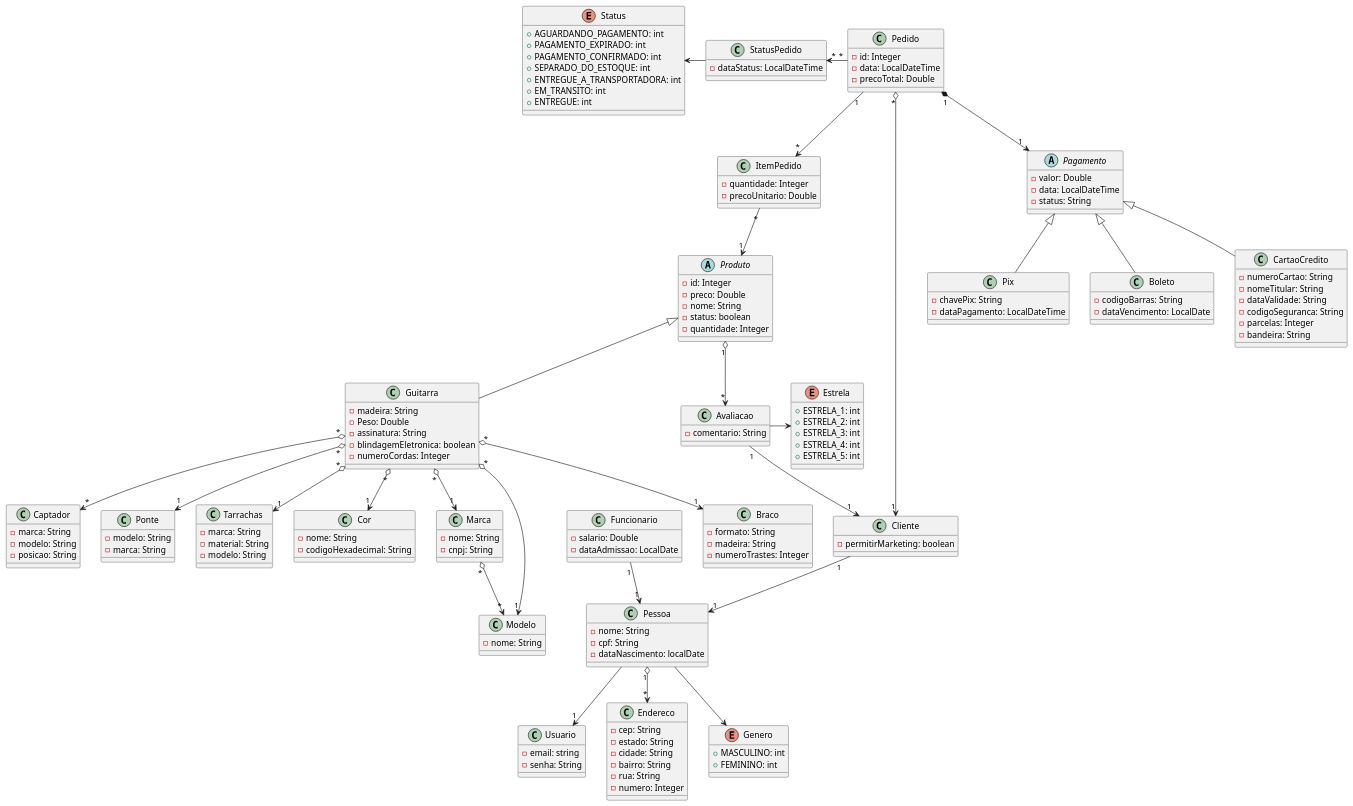
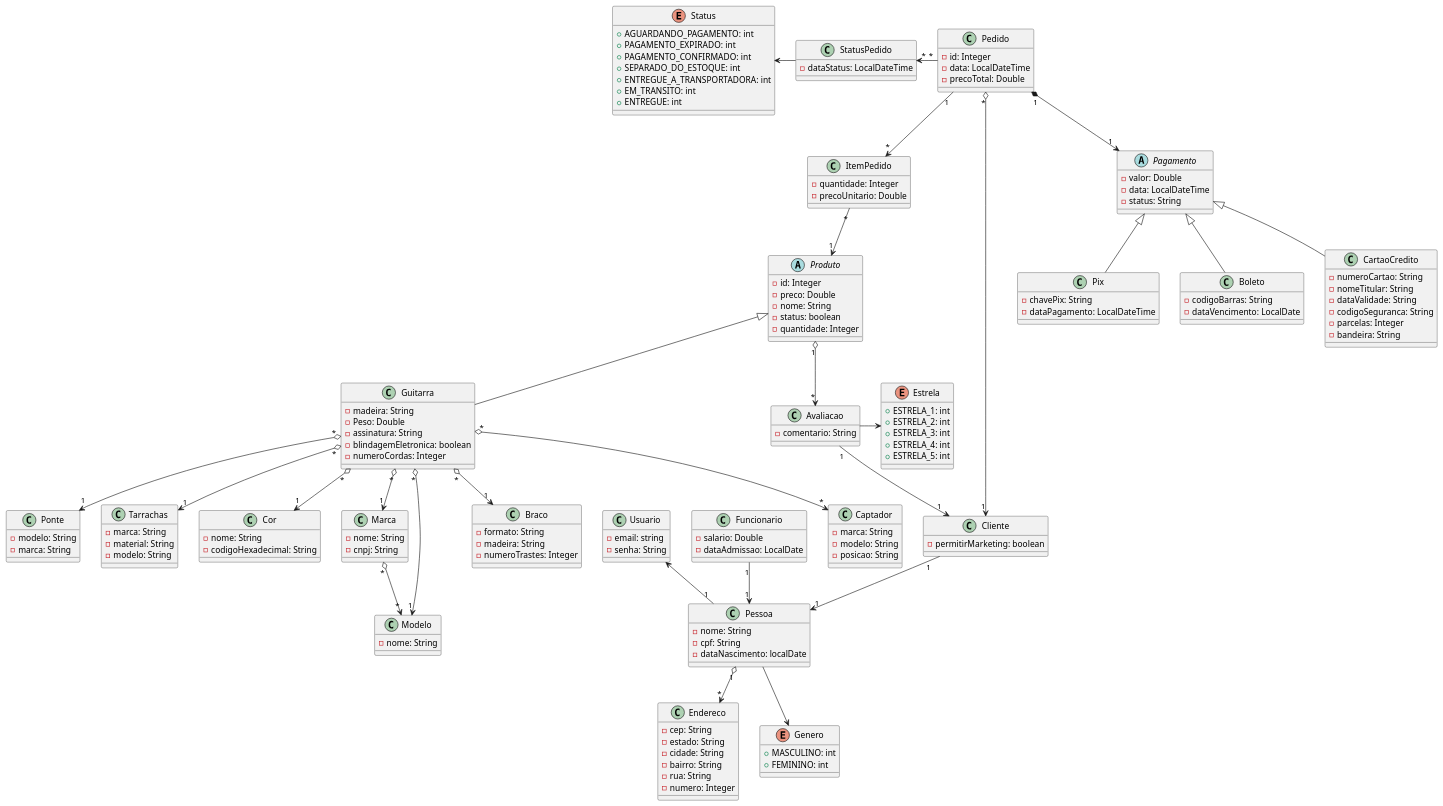
One commit to ja1vctr/tp2-quarkus-guitarra changed the diagram in src/main/uml/uml.plantuml. Above: the diagram before and after it, drawn with PlantUML. The commit also changed 18 other files, not shown here.

```diff
--- a/src/main/uml/uml.plantuml
+++ b/src/main/uml/uml.plantuml
@@ -1,182 +1,182 @@
 @startuml uml
 abstract class Produto {
     - id: Integer
     - preco: Double
     - nome: String
     - status: boolean
     - quantidade: Integer
 }
 
 class Guitarra extends Produto {
     - madeira: String
     - Peso: Double
     - assinatura: String
     - blindagemEletronica: boolean
     - numeroCordas: Integer
 }
 
 class Braco {
     - formato: String
     - madeira: String
     - numeroTrastes: Integer
 }
 
 class Captador {
     - marca: String
     - modelo: String
     - posicao: String
 }
 
 class Ponte {
     - modelo: String
     - marca: String
 }
 
 class Tarrachas {
     - marca: String
     - material: String
     - modelo: String
 }
 
 class Cor {
     - nome: String
     - codigoHexadecimal: String
 }
 
 Class Marca { 
     - nome: String
     - cnpj: String
 }
 
 Class Modelo { 
     - nome: String
 }
 
 class Pedido {
     - id: Integer
     - data: LocalDateTime
     - precoTotal: Double
 }
 
 class ItemPedido {
     - quantidade: Integer
     - precoUnitario: Double
 }
 
 class Pessoa {
     - nome: String
     - cpf: String
     - dataNascimento: localDate
 }
 
 class Usuario {
     - email: string
     - senha: String
 }
 
 class Cliente {
     - permitirMarketing: boolean
 }
 
 class Funcionario {
     - salario: Double
     - dataAdmissao: LocalDate
 }
 
 class Avaliacao {
     - comentario: String
 }
 
 enum Estrela {
     + ESTRELA_1: int
     + ESTRELA_2: int
     + ESTRELA_3: int
     + ESTRELA_4: int
     + ESTRELA_5: int
 }
 
 class Endereco {
     - cep: String
     - estado: String
     - cidade: String
     - bairro: String
     - rua: String
     - numero: Integer
 }
 
 abstract Pagamento {
     - valor: Double
     - data: LocalDateTime
     - status: String
 }
 
 class Boleto extends Pagamento {
     - codigoBarras: String
     - dataVencimento: LocalDate
 }
 
 class CartaoCredito extends Pagamento {
     - numeroCartao: String
     - nomeTitular: String
     - dataValidade: String
     - codigoSeguranca: String
     - parcelas: Integer
     - bandeira: String
 }
 
 class Pix extends Pagamento {
     - chavePix: String
     - dataPagamento: LocalDateTime
 }
 
 enum Genero {
     + MASCULINO: int
     + FEMININO: int
 }
 
 class StatusPedido {
     - dataStatus: LocalDateTime
 }
 
 enum Status {
     + AGUARDANDO_PAGAMENTO: int
     + PAGAMENTO_EXPIRADO: int
     + PAGAMENTO_CONFIRMADO: int
     + SEPARADO_DO_ESTOQUE: int
     + ENTREGUE_A_TRANSPORTADORA: int
     + EM_TRANSITO: int
     + ENTREGUE: int
 }
 
 
 Guitarra "*" o--> "1" Braco
 Guitarra "*" o--> "*" Captador
 Guitarra "*" o--> "1" Ponte
 Guitarra "*" o--> "1" Tarrachas
 Guitarra "*" o--> "1" Cor
 Guitarra "*" o--> "1" Marca
 Guitarra "*" o--> "1" Modelo
 
 Marca "*" o--> "*" Modelo
 
 ItemPedido "*" --> "1" Produto
 
 Pedido "1" --> "*" ItemPedido
 
-Pessoa --> "1" Usuario
+Usuario <-- "1" Pessoa 
 Pessoa --> Genero
 Pessoa "1" o--> "*" Endereco
 
 Cliente "1" --> "1" Pessoa
 Funcionario "1" -->"1" Pessoa
 
 Pedido "*" o--> "1" Cliente
 Pedido "1" *--> "1" Pagamento
 Pedido "*" -left-> "*" StatusPedido
 StatusPedido -left-> Status
 
 Produto "1" o--> "*" Avaliacao
 Avaliacao "1" --> "1" Cliente
 Avaliacao -right-> Estrela
 
 @enduml
```
